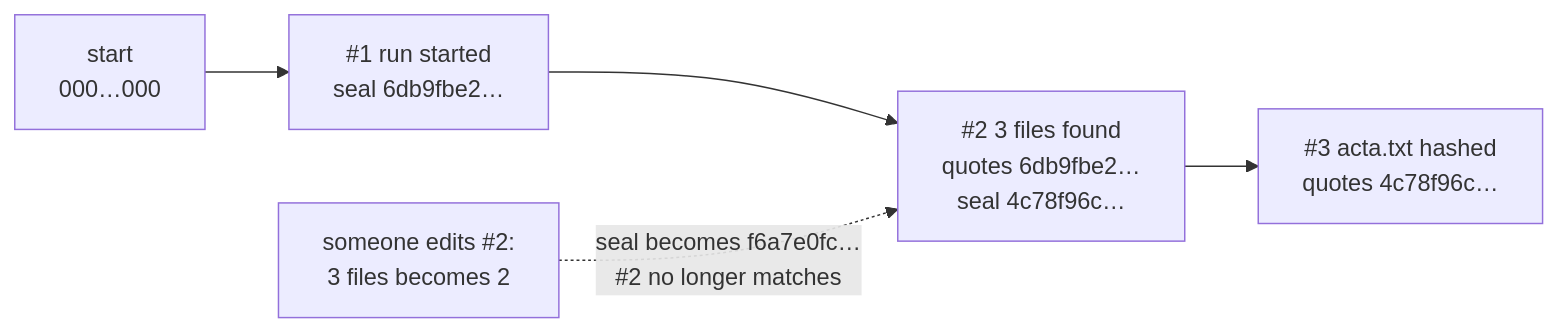
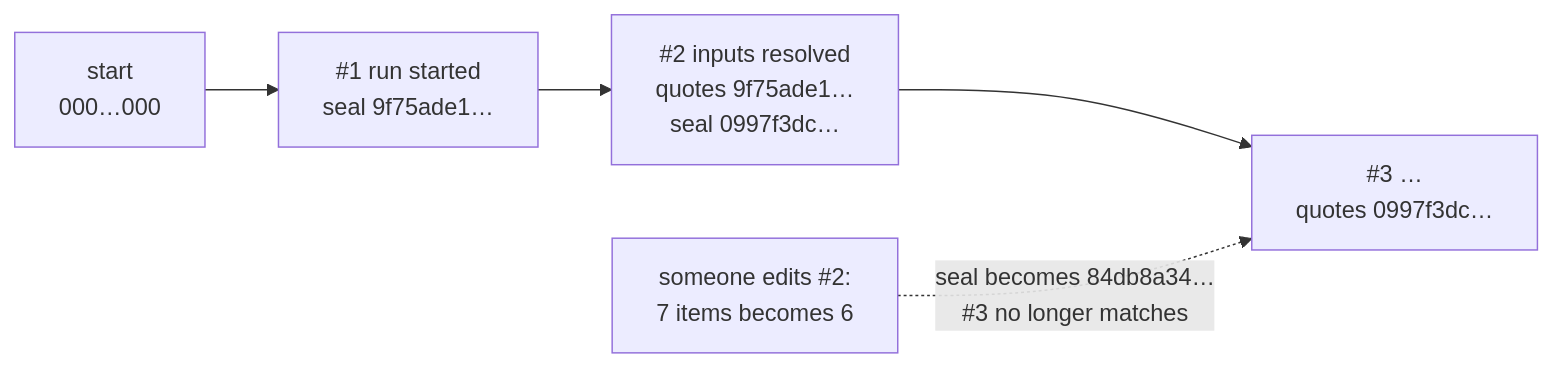
Before and after one commit to Panacota96/rv-imgauth: the third of 16 diagrams in docs/theory.md, drawn with Mermaid. The commit also changed other lines of this file and 84 other files, not shown here.

````diff
--- a/docs/theory.md
+++ b/docs/theory.md
@@ -162,7 +186,7 @@
 ```mermaid
 flowchart LR
-    G["start<br/>000…000"] --> E1["#1 run started<br/>seal 6db9fbe2…"]
-    E1 --> E2["#2 3 files found<br/>quotes 6db9fbe2…<br/>seal 4c78f96c…"]
-    E2 --> E3["#3 acta.txt hashed<br/>quotes 4c78f96c…"]
-    X["someone edits #2:<br/>3 files becomes 2"] -.->|"seal becomes f6a7e0fc…<br/>#2 no longer matches"| E2
+    G["start<br/>000…000"] --> E1["#1 run started<br/>seal 9f75ade1…"]
+    E1 --> E2["#2 inputs resolved<br/>quotes 9f75ade1…<br/>seal 0997f3dc…"]
+    E2 --> E3["#3 …<br/>quotes 0997f3dc…"]
+    X["someone edits #2:<br/>7 items becomes 6"] -.->|seal becomes 84db8a34…<br/>#3 no longer matches| E3
 ```
````
